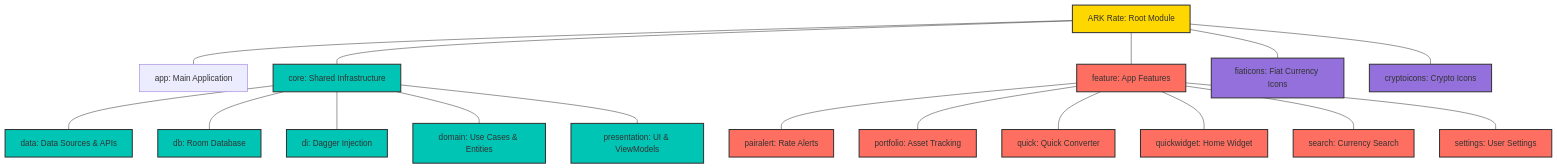
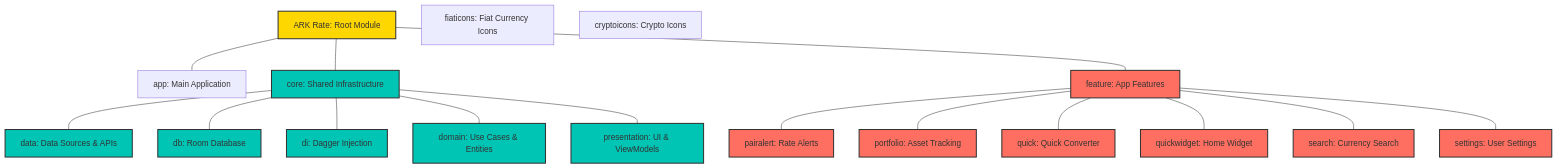
Before and after one commit to ARK-Builders/ARK-Rate: the diagram in README.md, drawn with Mermaid. The commit also changed other lines of this file, not shown here.

````diff
--- a/README.md
+++ b/README.md
@@ -45,51 +41,49 @@
 ```mermaid
 graph TD
     A[ARK Rate] --- B[app]
     A --- C[core]
     A --- D[feature]
-    A --- E[fiaticons]
-    A --- F[cryptoicons]
 
     C --- C1[data]
     C --- C2[db]
     C --- C3[di]
     C --- C4[domain]
     C --- C5[presentation]
 
     D --- D1[pairalert]
     D --- D2[portfolio]
     D --- D3[quick]
     D --- D4[quickwidget]
     D --- D5[search]
     D --- D6[settings]
 
     %% Styling for visual appeal
     classDef root fill:#FFD700,stroke:#333,stroke-width:2px,border-radius:10px;
     classDef core fill:#00C4B4,stroke:#333,stroke-width:2px,border-radius:5px;
     classDef feature fill:#FF6F61,stroke:#333,stroke-width:2px,border-radius:5px;
     classDef assets fill:#9370DB,stroke:#333,stroke-width:2px,border-radius:5px;
 
     class A root;
     class C,C1,C2,C3,C4,C5 core;
     class D,D1,D2,D3,D4,D5,D6 feature;
     class E,F assets;
 
     %% Node labels with context
     A[ARK Rate: Root Module]
     B[app: Main Application]
     C[core: Shared Infrastructure]
     C1[data: Data Sources & APIs]
     C2[db: Room Database]
     C3[di: Dagger Injection]
     C4[domain: Use Cases & Entities]
     C5[presentation: UI & ViewModels]
     D[feature: App Features]
     D1[pairalert: Rate Alerts]
     D2[portfolio: Asset Tracking]
     D3[quick: Quick Converter]
     D4[quickwidget: Home Widget]
     D5[search: Currency Search]
     D6[settings: User Settings]
     E[fiaticons: Fiat Currency Icons]
     F[cryptoicons: Crypto Icons]
 ```
````
